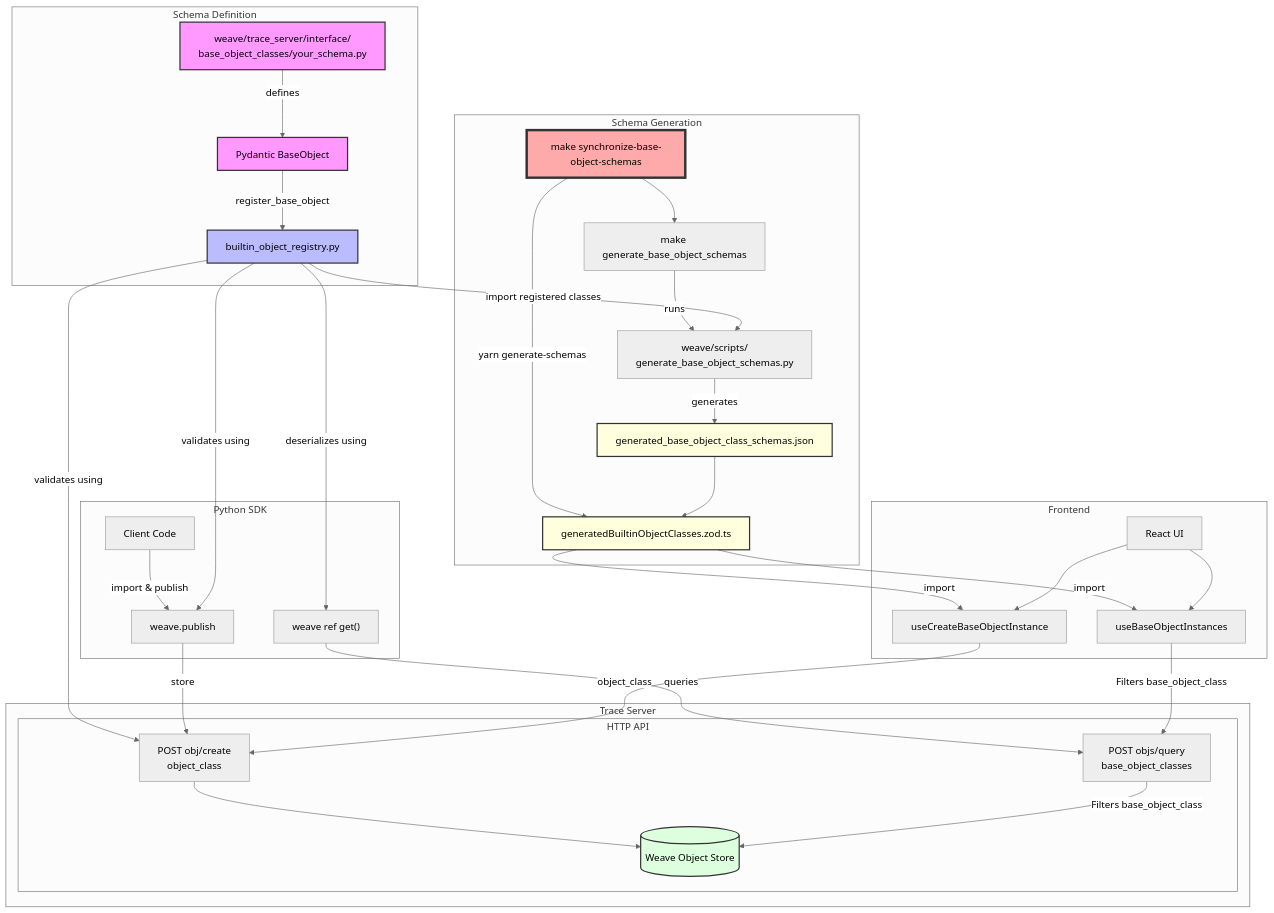
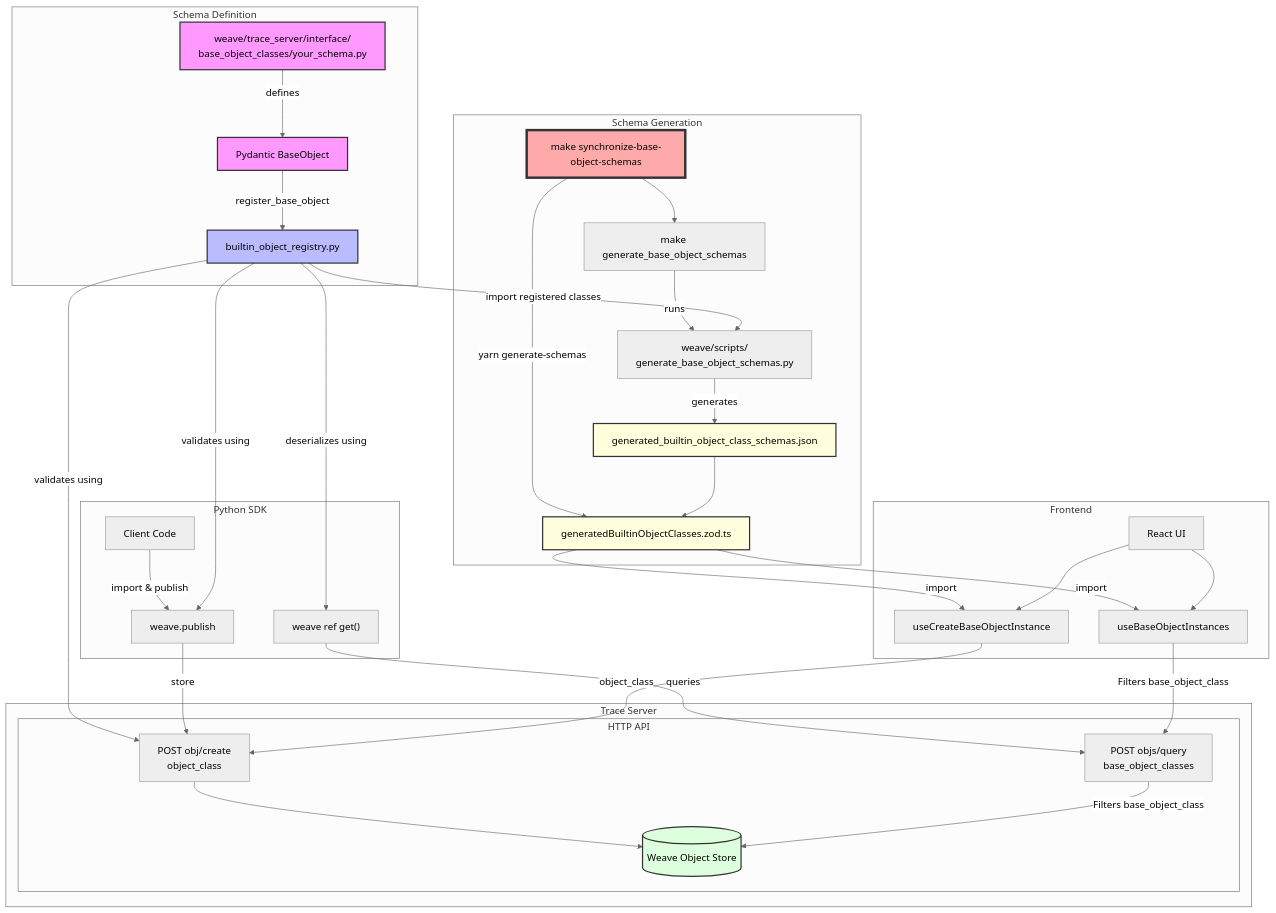
Before and after one commit to wandb/weave: the diagram in dev_docs/BuiltinObjectClasses.md, drawn with Mermaid (neutral theme). The commit also changed other lines of this file and 4 other files, not shown here.

````diff
--- a/dev_docs/BuiltinObjectClasses.md
+++ b/dev_docs/BuiltinObjectClasses.md
@@ -170,49 +170,49 @@
 ```mermaid
 graph TD
     subgraph Schema Definition
         F["weave/trace_server/interface/<br>base_object_classes/your_schema.py"] --> |defines| P[Pydantic BaseObject]
         P --> |register_base_object| R["builtin_object_registry.py"]
     end
 
     subgraph Schema Generation
         M["make synchronize-base-object-schemas"] --> G["make generate_base_object_schemas"]
         G --> |runs| S["weave/scripts/<br>generate_base_object_schemas.py"]
         R --> |import registered classes| S
-        S --> |generates| J["generated_base_object_class_schemas.json"]
+        S --> |generates| J["generated_builtin_object_class_schemas.json"]
         M --> |yarn generate-schemas| Z["generatedBuiltinObjectClasses.zod.ts"]
         J --> Z
     end
 
     subgraph "Trace Server"
         subgraph "HTTP API"
             R --> |validates using| HW["POST obj/create<br>object_class"]
             HW --> DB[(Weave Object Store)]
             HR["POST objs/query<br>base_object_classes"] --> |Filters base_object_class| DB
         end
     end
 
     subgraph "Python SDK"
         PW[Client Code] --> |import & publish| W[weave.publish]
         W --> |store| HW
         R --> |validates using| W
         PR["weave ref get()"] --> |queries| HR
         R --> |deserializes using| PR
     end
 
     subgraph "Frontend"
         Z --> |import| UBI["useBaseObjectInstances"]
         Z --> |import| UCI["useCreateBaseObjectInstance"]
         UBI --> |Filters base_object_class| HR
         UCI --> |object_class| HW
         UI[React UI] --> UBI
         UI --> UCI
     end
 
     style F fill:#f9f,stroke:#333,stroke-width:2px
     style P fill:#f9f,stroke:#333,stroke-width:2px
     style R fill:#bbf,stroke:#333,stroke-width:2px
     style DB fill:#dfd,stroke:#333,stroke-width:2px
     style J fill:#ffd,stroke:#333,stroke-width:2px
     style Z fill:#ffd,stroke:#333,stroke-width:2px
     style M fill:#faa,stroke:#333,stroke-width:4px
 ```
````
